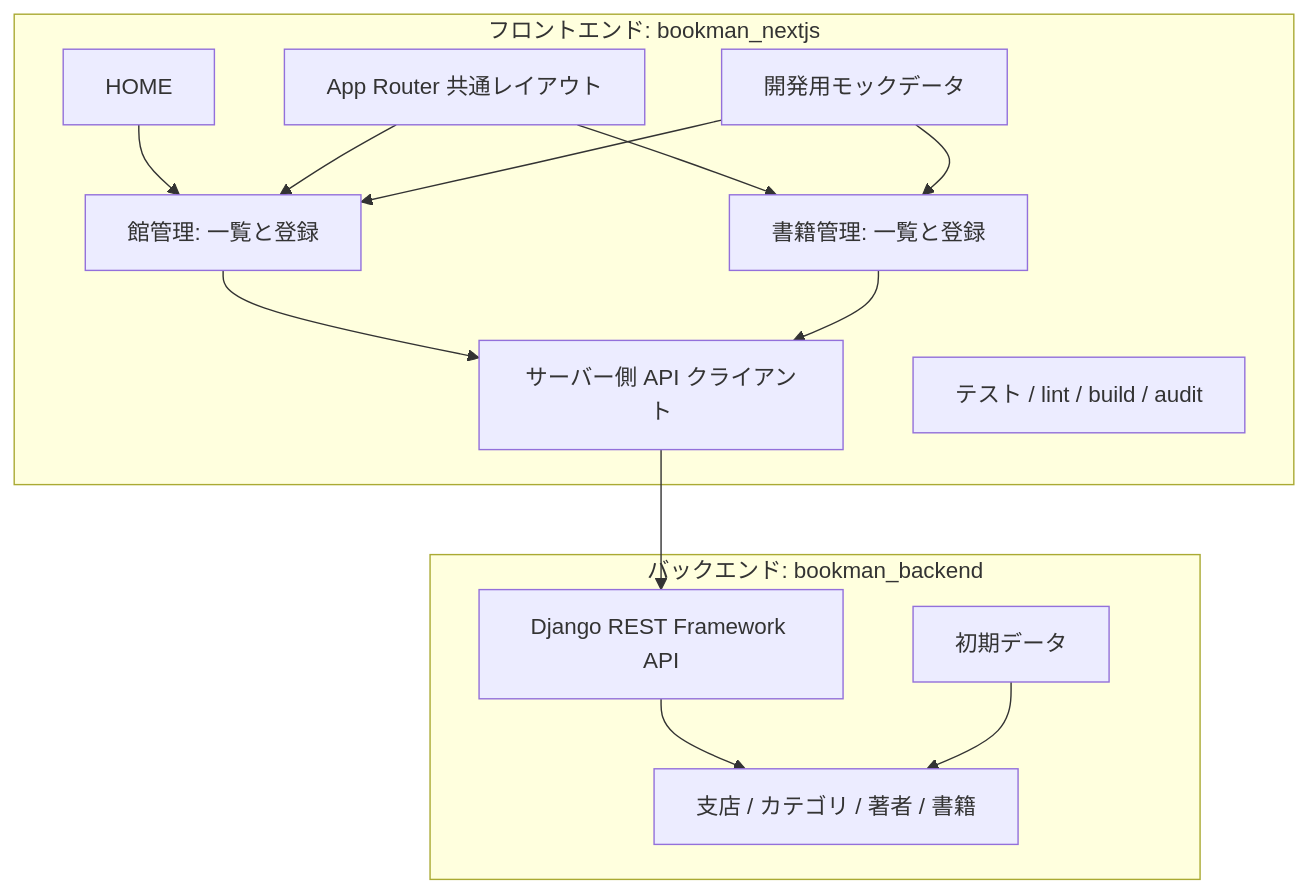
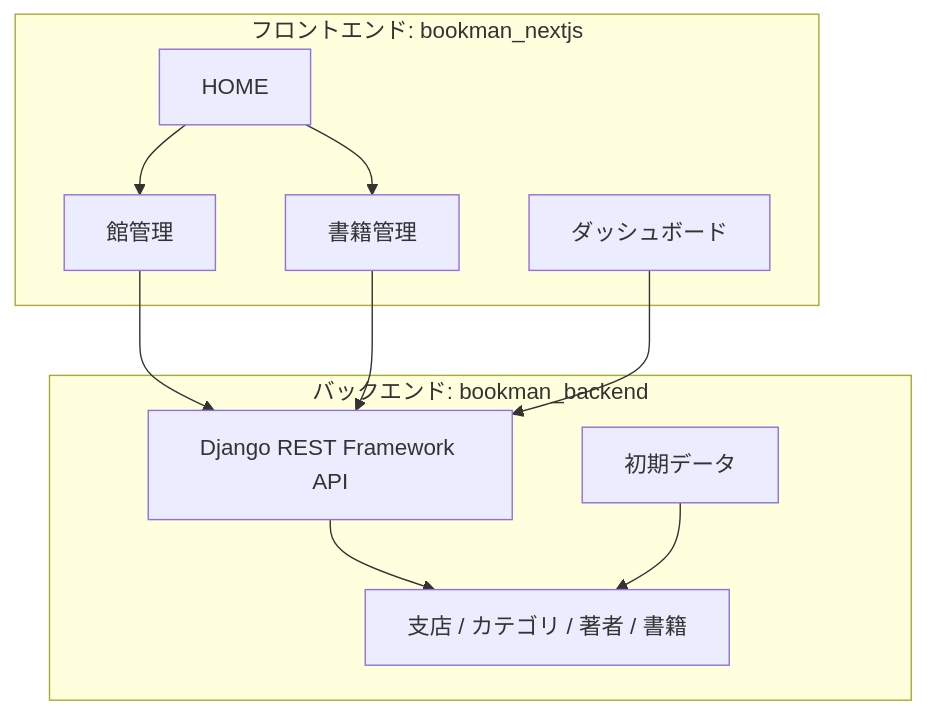
One commit to duri0214/portfolio changed the diagram in docs/qiita/bookman_drf_nextjs.md. Above: the diagram before and after it, drawn with Mermaid. The commit also changed other lines of this file, not shown here.

Commit message:
872 Simplify article overview diagram

````diff
--- a/docs/qiita/bookman_drf_nextjs.md
+++ b/docs/qiita/bookman_drf_nextjs.md
@@ -38,29 +38,23 @@
 ```mermaid
 graph TB
   subgraph frontend[フロントエンド: bookman_nextjs]
     home[HOME]
-    layout[App Router 共通レイアウト]
-    branch[館管理: 一覧と登録]
-    book[書籍管理: 一覧と登録]
-    apiClient[サーバー側 API クライアント]
-    mock[開発用モックデータ]
-    tests[テスト / lint / build / audit]
+    branch[館管理]
+    book[書籍管理]
+    dashboard[ダッシュボード]
   end
 
   subgraph backend[バックエンド: bookman_backend]
     drf[Django REST Framework API]
     models[支店 / カテゴリ / 著者 / 書籍]
     fixtures[初期データ]
   end
 
   home --> branch
-  layout --> branch
-  layout --> book
-  branch --> apiClient
-  book --> apiClient
-  apiClient --> drf
-  mock --> branch
-  mock --> book
+  home --> book
+  branch --> drf
+  book --> drf
+  dashboard --> drf
   drf --> models
   fixtures --> models
 ```
````
